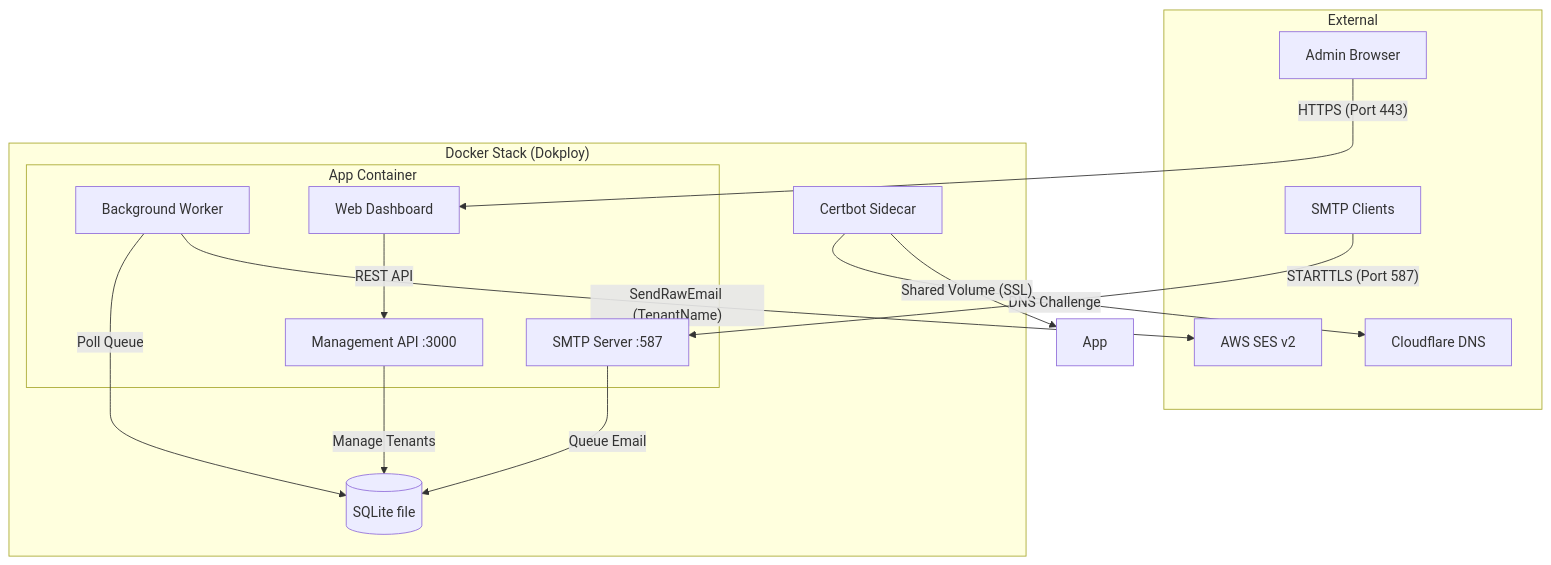
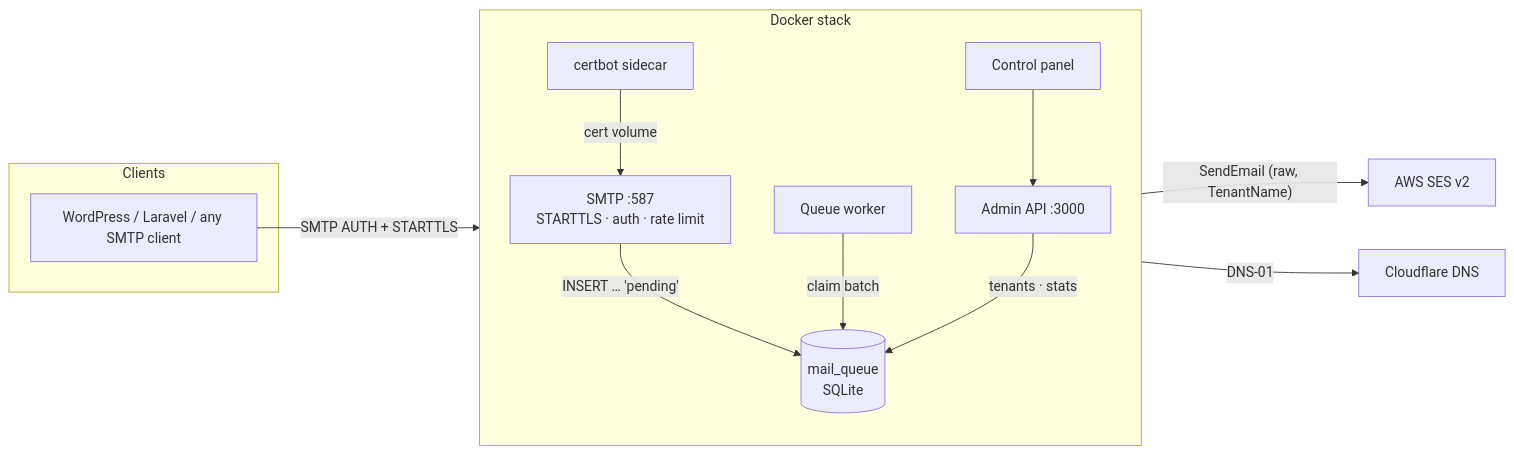
The diagram in README.md (wzul/project-ses-relay), drawn with Mermaid before and after one commit. The commit also changed other lines of this file and 5 other files, not shown here.

First line of the commit message:
feat(ui): zero-dependency control panel, README with screenshots, MIT license

````diff
--- a/README.md
+++ b/README.md
@@ -161,34 +46,28 @@
 ```mermaid
-graph TD
-    subgraph "External"
-        Client[SMTP Clients]
-        Admin[Admin Browser]
-        CF[Cloudflare DNS]
-        AWS[AWS SES v2]
+flowchart LR
+    subgraph clients[Clients]
+        app1[WordPress / Laravel / any SMTP client]
     end
 
-    subgraph "Docker Stack (Dokploy)"
-        subgraph "App Container"
-            SMTP[SMTP Server :587]
-            API[Management API :3000]
-            Worker[Background Worker]
-            UI[Web Dashboard]
-        end
-
-        DB[(SQLite file)]
-        Cert[Certbot Sidecar]
+    subgraph stack[Docker stack]
+        direction TB
+        smtp["SMTP :587<br/>STARTTLS · auth · rate limit"]
+        q[("mail_queue<br/>SQLite")]
+        worker[Queue worker]
+        api["Admin API :3000"]
+        ui[Control panel]
+        certbot[certbot sidecar]
     end
 
-    Client -- "STARTTLS (Port 587)" --> SMTP
-    Admin -- "HTTPS (Port 443)" --> UI
-    UI -- "REST API" --> API
-    
-    SMTP -- "Queue Email" --> DB
-    API -- "Manage Tenants" --> DB
-    
-    Worker -- "Poll Queue" --> DB
-    Worker -- "SendRawEmail (TenantName)" --> AWS
-    
-    Cert -- "DNS Challenge" --> CF
-    Cert -- "Shared Volume (SSL)" --> App
+    ses[AWS SES v2]
+    cf[Cloudflare DNS]
+
+    app1 -- "SMTP AUTH + STARTTLS" --> smtp
+    smtp -- "INSERT … 'pending'" --> q
+    worker -- "claim batch" --> q
+    worker -- "SendEmail (raw, TenantName)" --> ses
+    ui --> api
+    api -- "tenants · stats" --> q
+    certbot -- "DNS-01" --> cf
+    certbot -- "cert volume" --> smtp
 ```
````
